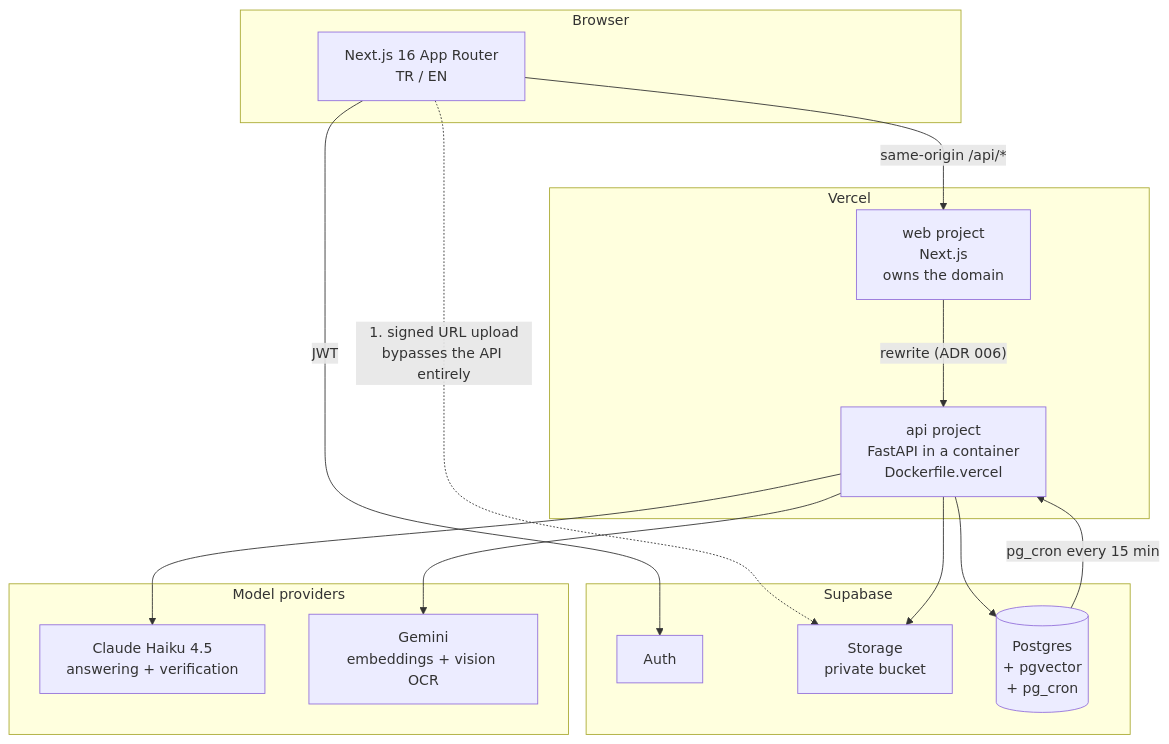
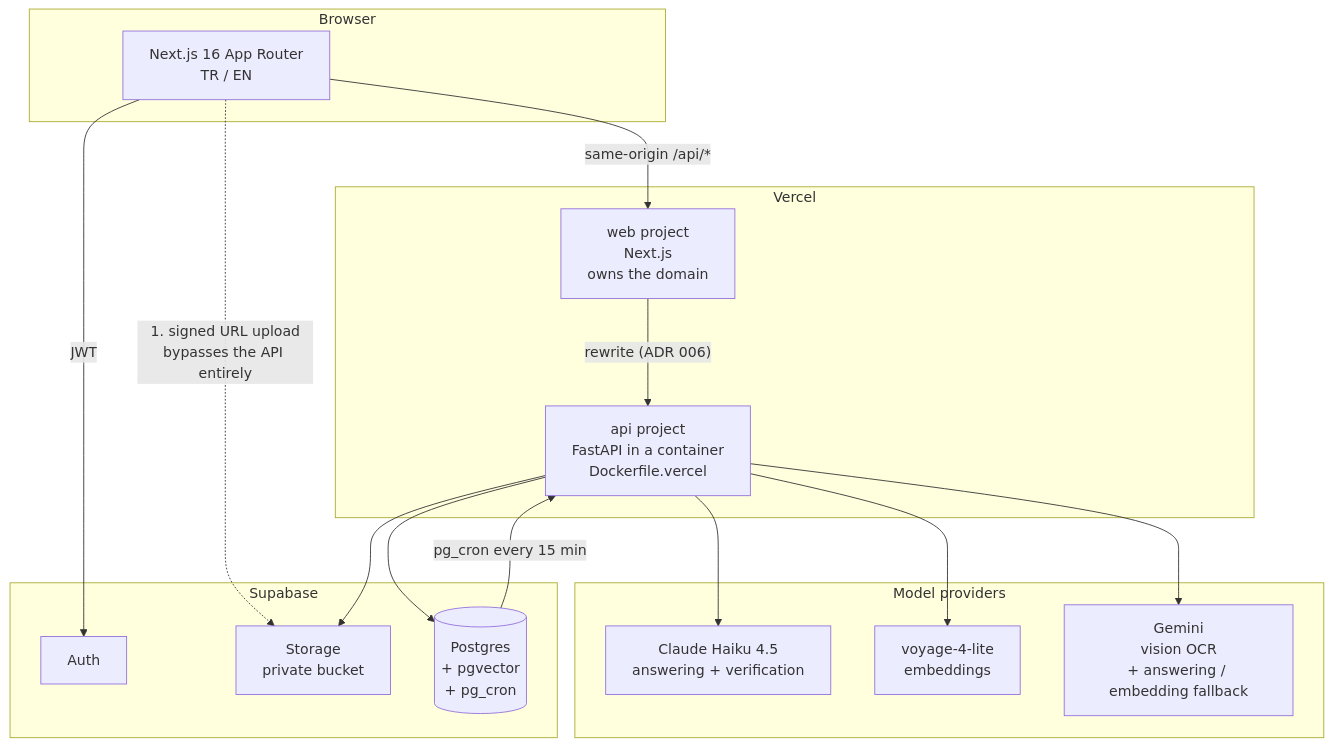
Before and after one commit to bilalgurkansanli/BioPolicy: the first of 4 diagrams in docs/ARCHITECTURE.md, drawn with Mermaid. The commit also changed other lines of this file and 3 other files, not shown here.

````diff
--- a/docs/ARCHITECTURE.md
+++ b/docs/ARCHITECTURE.md
@@ -7,33 +7,35 @@
 ```mermaid
 flowchart TB
     subgraph browser["Browser"]
         UI["Next.js 16 App Router<br/>TR / EN"]
     end
 
     subgraph vercel["Vercel"]
         WEB["web project<br/>Next.js<br/>owns the domain"]
         API["api project<br/>FastAPI in a container<br/>Dockerfile.vercel"]
     end
 
     subgraph supabase["Supabase"]
         AUTH["Auth"]
         STORE["Storage<br/>private bucket"]
         PG[("Postgres<br/>+ pgvector<br/>+ pg_cron")]
     end
 
     subgraph providers["Model providers"]
         CLAUDE["Claude Haiku 4.5<br/>answering + verification"]
-        GEMINI["Gemini<br/>embeddings + vision OCR"]
+        VOYAGE["voyage-4-lite<br/>embeddings"]
+        GEMINI["Gemini<br/>vision OCR<br/>+ answering / embedding fallback"]
     end
 
     UI -->|"same-origin /api/*"| WEB
     WEB -->|"rewrite (ADR 006)"| API
     UI -.->|"1. signed URL upload<br/>bypasses the API entirely"| STORE
     UI -->|"JWT"| AUTH
 
     API --> PG
     API --> STORE
     API --> CLAUDE
+    API --> VOYAGE
     API --> GEMINI
     PG -->|"pg_cron every 15 min"| API
 ```
````
